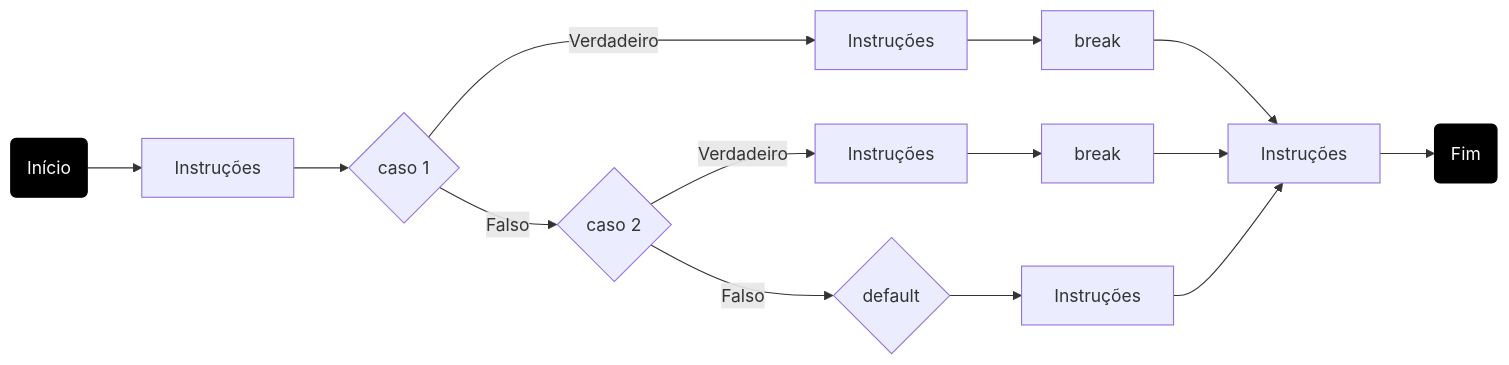
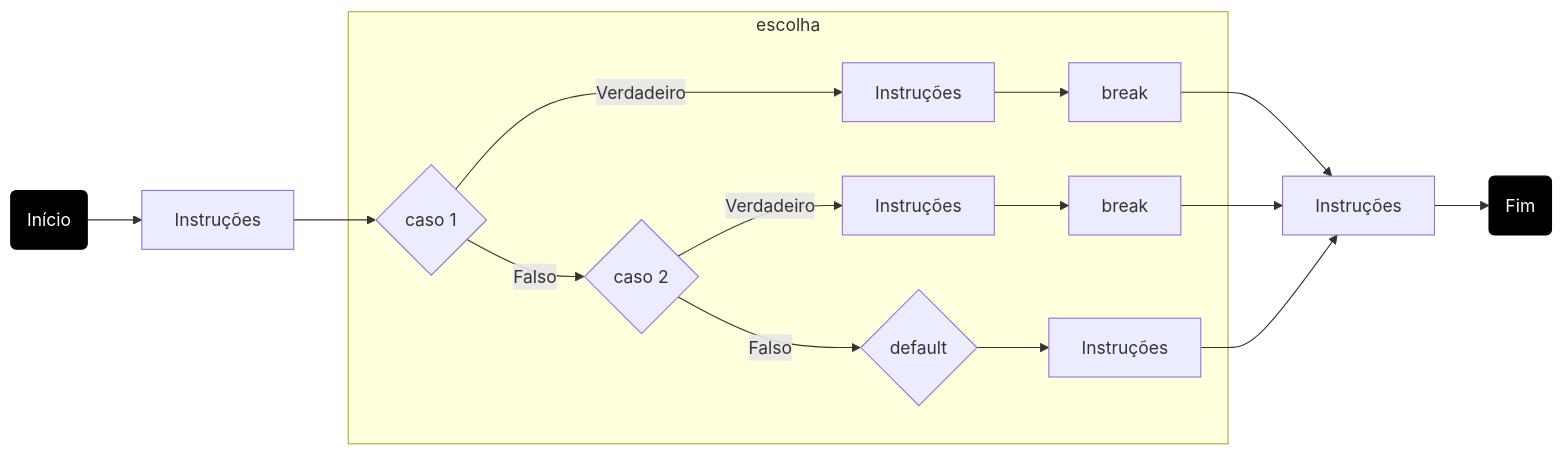
The fourth of 9 diagrams in 08.md (yuriMartinst/linguagem-java), drawn with Mermaid before and after one commit. The commit also changed other lines of this file, not shown here.

````diff
--- a/08.md
+++ b/08.md
@@ -83,20 +83,22 @@
 ```mermaid
 
 flowchart LR
     inicio(Início) --> A
     A[Instruções] --> C{caso 1}
+    subgraph escolha
     C -->|Verdadeiro| D[Instruções]
     C -->|Falso| F{caso 2}
     D --> DB[break]
-    DB --> G[Instruções]
     F -->|Verdadeiro| H[Instruções]
     H --> HB[break]
-    HB --> G[Instruções]
     F -->|Falso| F2{default}
     F2 --> f3[Instruções]
+    end
+    DB --> G[Instruções]
+    HB --> G[Instruções]
     f3 --> G[Instruções]
     G --> fim(Fim)
 
 style inicio fill:#000,stroke:#000,color:#fff
 style fim fill:#000,stroke:#000,color:#fff
 ```
````
